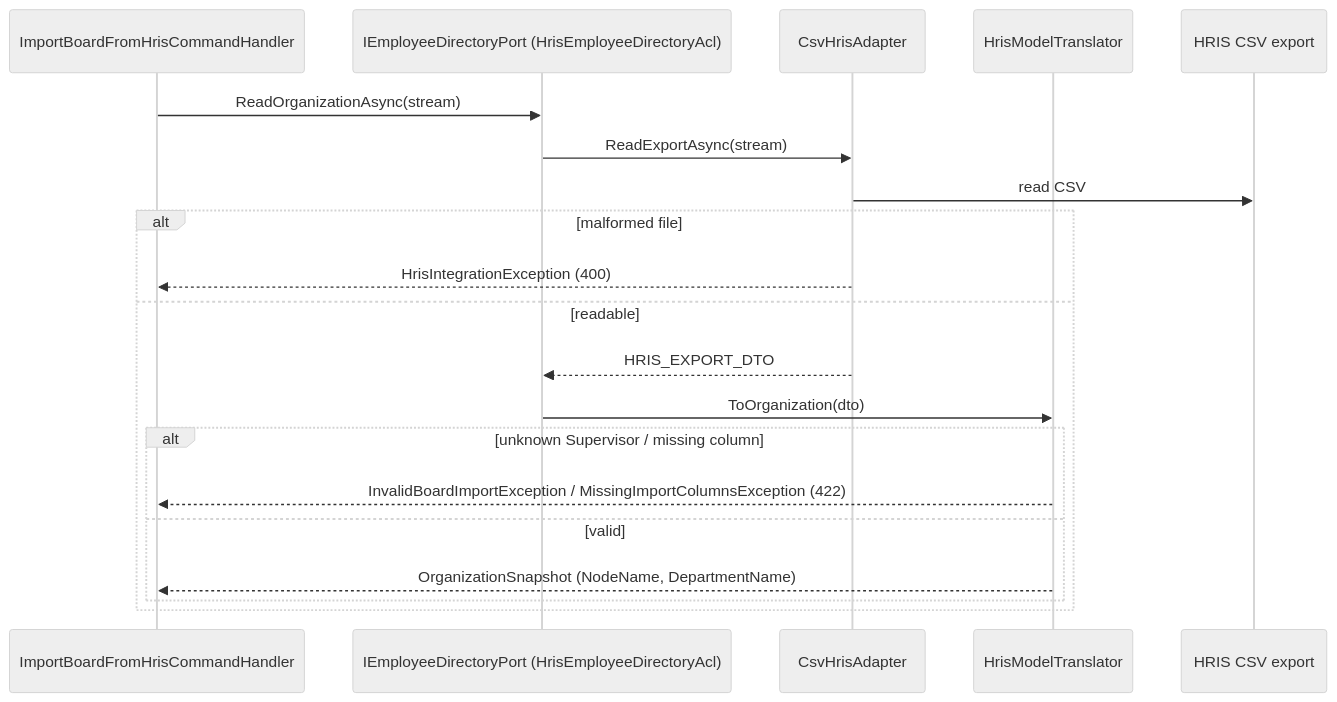
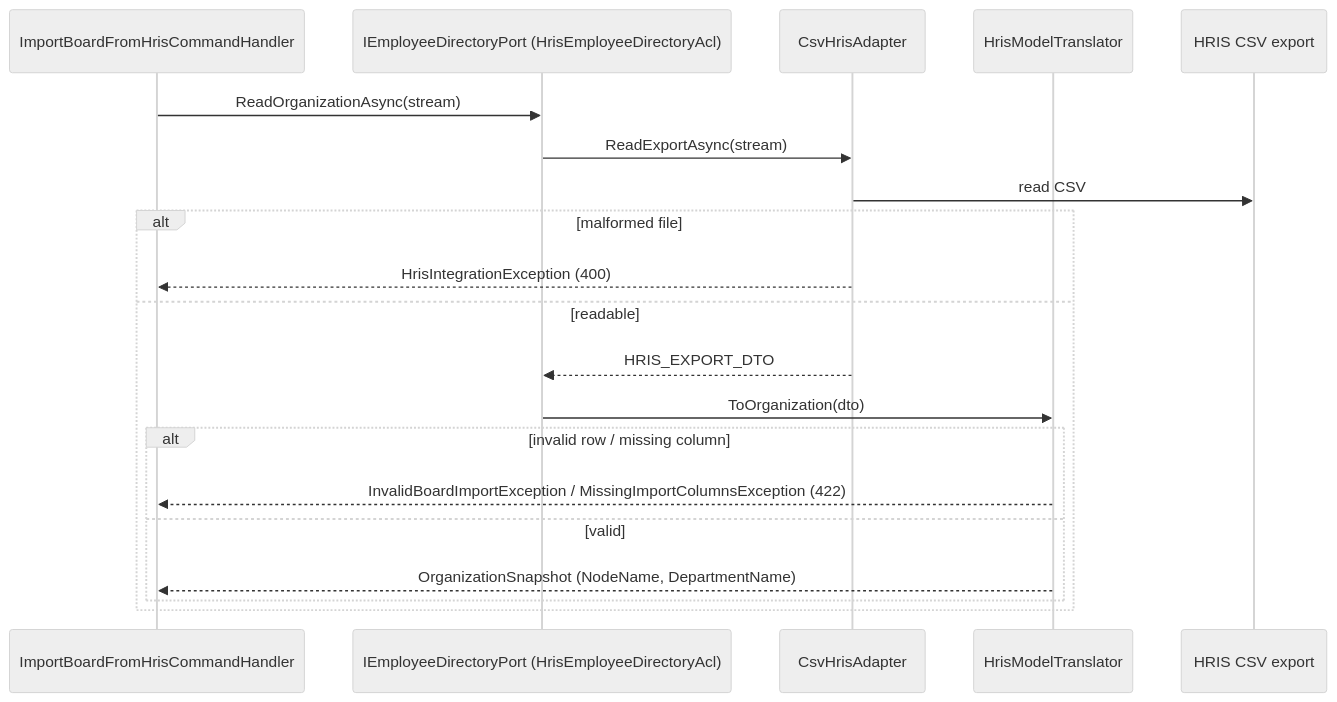
The second of 2 diagrams in ona_backend_cs/docs/architecture/context-map.md (khrystyna1001/Organizational-Network-Analysis), drawn with Mermaid (neutral theme) before and after one commit. The commit also changed other lines of this file and 270 other files, not shown here.

````diff
--- a/ona_backend_cs/docs/architecture/context-map.md
+++ b/ona_backend_cs/docs/architecture/context-map.md
@@ -63,22 +63,22 @@
 ```mermaid
 sequenceDiagram
     participant H as ImportBoardFromHrisCommandHandler
     participant P as IEmployeeDirectoryPort (HrisEmployeeDirectoryAcl)
     participant A as CsvHrisAdapter
     participant T as HrisModelTranslator
     participant X as HRIS CSV export
     H->>P: ReadOrganizationAsync(stream)
     P->>A: ReadExportAsync(stream)
     A->>X: read CSV
     alt malformed file
         A-->>H: HrisIntegrationException (400)
     else readable
         A-->>P: HRIS_EXPORT_DTO
         P->>T: ToOrganization(dto)
-        alt unknown Supervisor / missing column
+        alt invalid row / missing column
             T-->>H: InvalidBoardImportException / MissingImportColumnsException (422)
         else valid
             T-->>H: OrganizationSnapshot (NodeName, DepartmentName)
         end
     end
 ```
````
